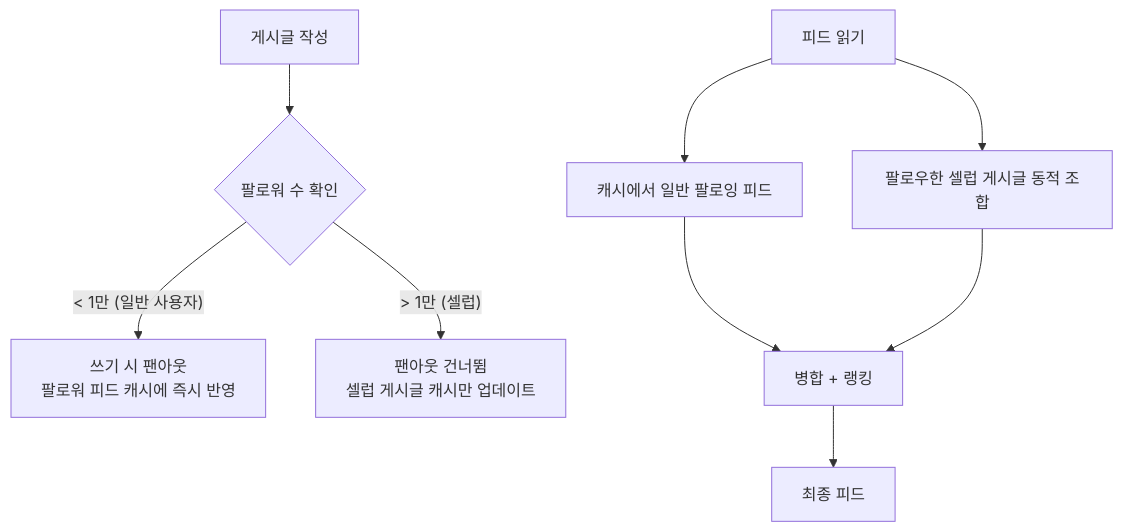
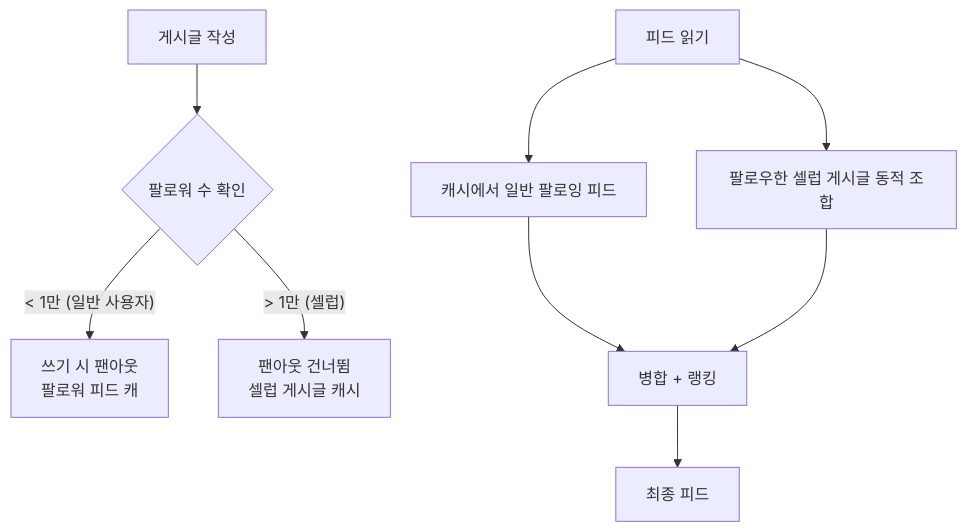
One commit to yjkim2015/yjkim2015.github.io changed the third of 6 diagrams in _posts/systemdesign/2026-05-02-system-design-newsfeed.md. Above: the diagram before and after it, drawn with Mermaid. The commit also changed other lines of this file and 271 other files, not shown here.

First line of the commit message:
Mermaid 라벨 축소: 긴 노드 텍스트 18자 이하로 트림 + \n 제거

````diff
--- a/_posts/systemdesign/2026-05-02-system-design-newsfeed.md
+++ b/_posts/systemdesign/2026-05-02-system-design-newsfeed.md
@@ -91,11 +91,11 @@
 ```mermaid
 graph TD
     Post["게시글 작성"] --> Check{"팔로워 수 확인"}
-    Check -->|"< 1만 (일반 사용자)"| Push["쓰기 시 팬아웃\n팔로워 피드 캐시에 즉시 반영"]
-    Check -->|"> 1만 (셀럽)"| Pull["팬아웃 건너뜀\n셀럽 게시글 캐시만 업데이트"]
+    Check -->|"< 1만 (일반 사용자)"| Push["쓰기 시 팬아웃\n팔로워 피드 캐"]
+    Check -->|"> 1만 (셀럽)"| Pull["팬아웃 건너뜀\n셀럽 게시글 캐시"]
     ReadReq["피드 읽기"] --> NormalFeed["캐시에서 일반 팔로잉 피드"]
     ReadReq --> CelebFeed["팔로우한 셀럽 게시글 동적 조합"]
     NormalFeed --> Merge["병합 + 랭킹"]
     CelebFeed --> Merge
     Merge --> Final["최종 피드"]
 ```
````
